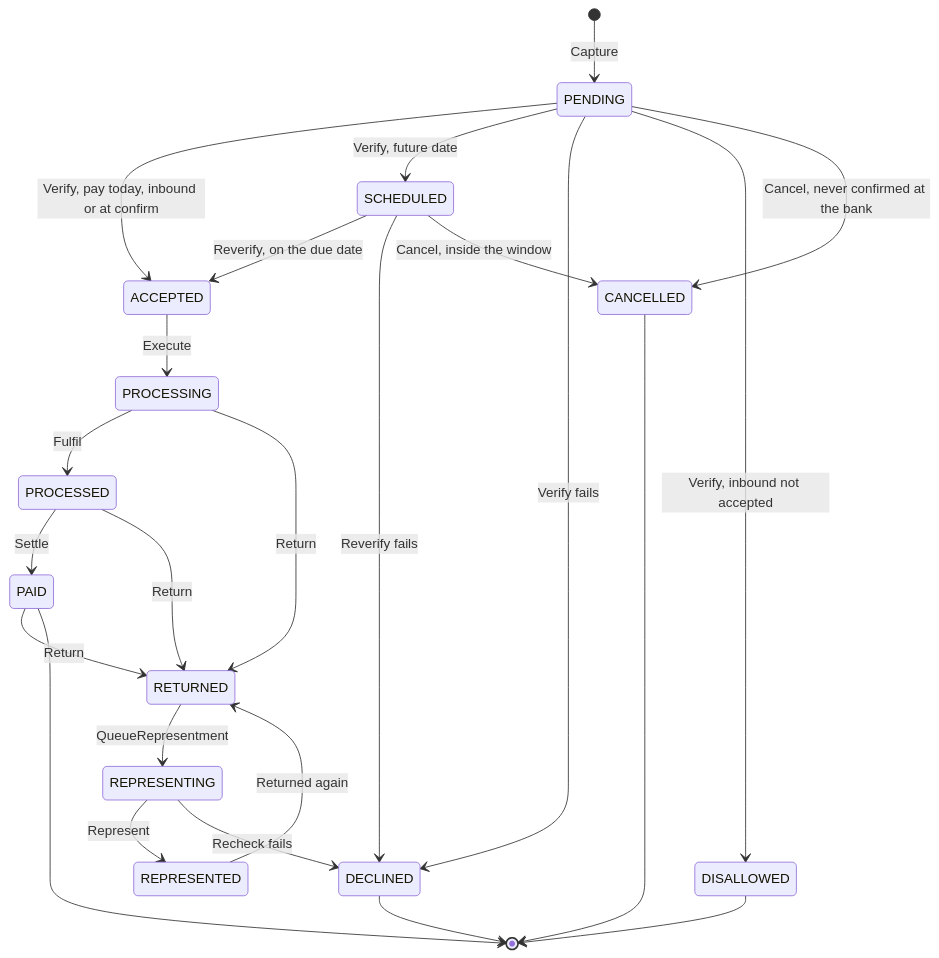
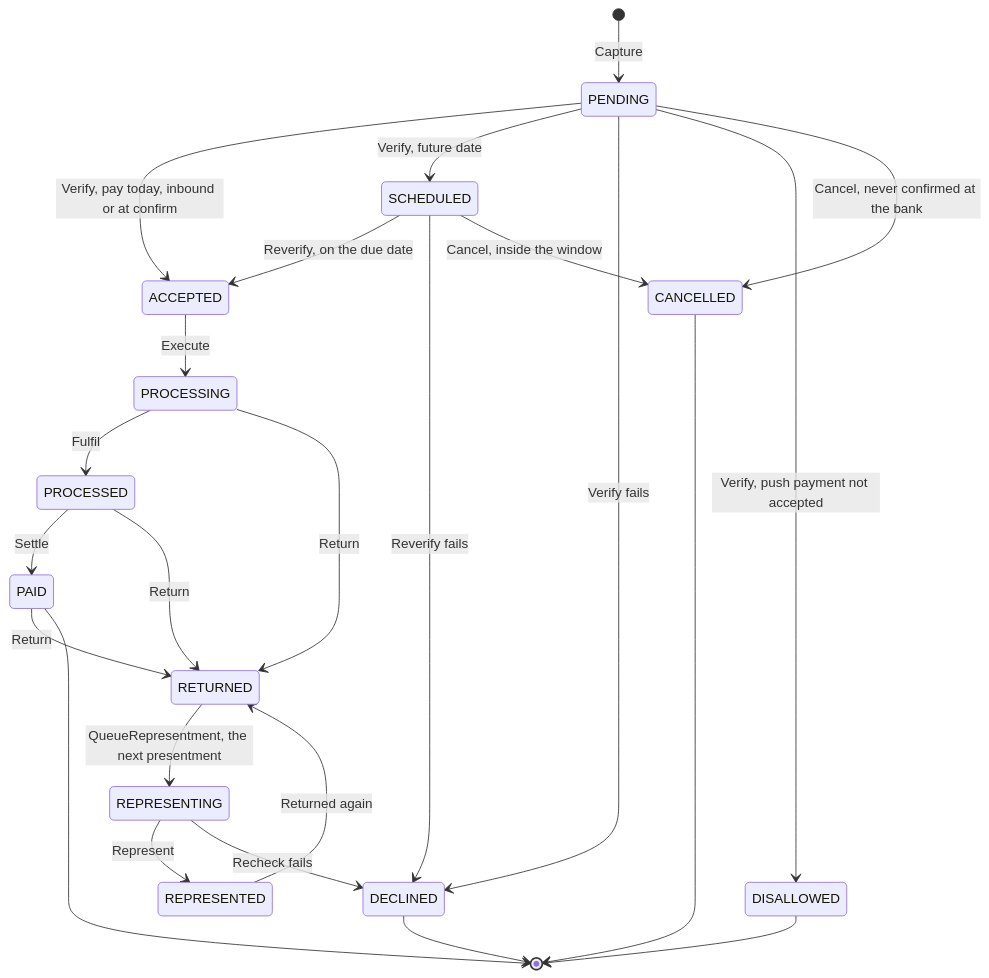
One commit to arunav-bhattacharya/billpay-book changed the first of 2 diagrams in docs/Wiki_Spec.md. Above: the diagram before and after it, drawn with Mermaid. The commit also changed other lines of this file and 14 other files, not shown here.

````diff
--- a/docs/Wiki_Spec.md
+++ b/docs/Wiki_Spec.md
@@ -1480,26 +1513,26 @@
 ```mermaid
 stateDiagram-v2
     [*] --> PENDING: Capture
     PENDING --> ACCEPTED: Verify, pay today, inbound or at confirm
     PENDING --> SCHEDULED: Verify, future date
     PENDING --> DECLINED: Verify fails
-    PENDING --> DISALLOWED: Verify, inbound not accepted
+    PENDING --> DISALLOWED: Verify, push payment not accepted
     SCHEDULED --> ACCEPTED: Reverify, on the due date
     SCHEDULED --> DECLINED: Reverify fails
     SCHEDULED --> CANCELLED: Cancel, inside the window
     PENDING --> CANCELLED: Cancel, never confirmed at the bank
     ACCEPTED --> PROCESSING: Execute
     PROCESSING --> PROCESSED: Fulfil
     PROCESSED --> PAID: Settle
     PROCESSING --> RETURNED: Return
     PROCESSED --> RETURNED: Return
     PAID --> RETURNED: Return
-    RETURNED --> REPRESENTING: QueueRepresentment
+    RETURNED --> REPRESENTING: QueueRepresentment, the next presentment
     REPRESENTING --> REPRESENTED: Represent
     REPRESENTING --> DECLINED: Recheck fails
     REPRESENTED --> RETURNED: Returned again
     PAID --> [*]
     DECLINED --> [*]
     CANCELLED --> [*]
     DISALLOWED --> [*]
 ```
````
